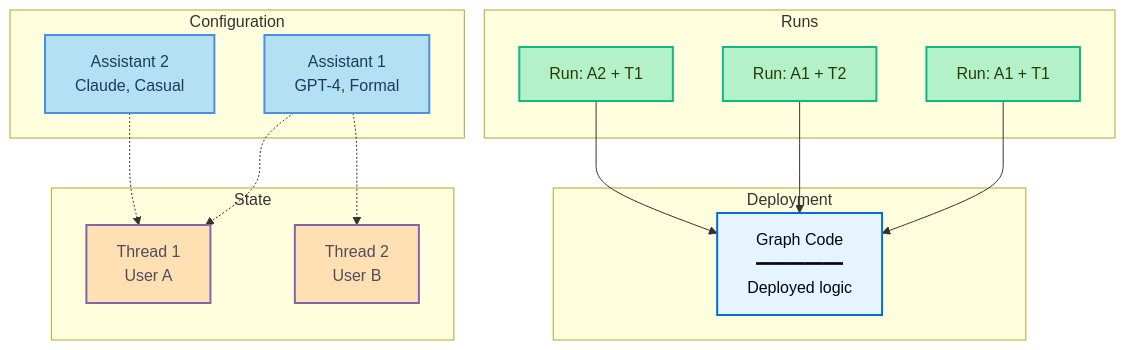
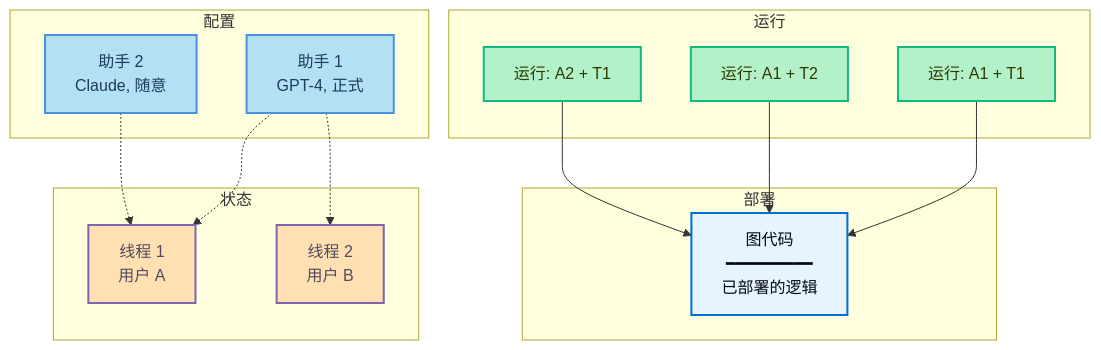
The diagram in langsmith/runs.mdx (kunfan96/cndocs-langchain), drawn with Mermaid before and after one commit. The commit also changed other lines of this file and 2498 other files, not shown here.

````diff
--- a/langsmith/runs.mdx
+++ b/langsmith/runs.mdx
@@ -9,39 +9,39 @@
 ```mermaid actions={false}
 flowchart TB
-    subgraph deploy[Deployment]
-        G[Graph Code<br/>━━━━━━━━━<br/>Deployed logic]
+    subgraph deploy[部署]
+        G[图代码<br/>━━━━━━━━━<br/>已部署的逻辑]
     end
 
-    subgraph config[Configuration]
-        A1[Assistant 1<br/>GPT-4, Formal]
-        A2[Assistant 2<br/>Claude, Casual]
+    subgraph config[配置]
+        A1[助手 1<br/>GPT-4, 正式]
+        A2[助手 2<br/>Claude, 随意]
     end
 
-    subgraph state[State]
-        T1[Thread 1<br/>User A]
-        T2[Thread 2<br/>User B]
+    subgraph state[状态]
+        T1[线程 1<br/>用户 A]
+        T2[线程 2<br/>用户 B]
     end
 
-    subgraph runs[Runs]
-        A1T1["Run: A1 + T1"]
-        A1T2["Run: A1 + T2"]
-        A2T1["Run: A2 + T1"]
+    subgraph runs[运行]
+        A1T1["运行: A1 + T1"]
+        A1T2["运行: A1 + T2"]
+        A2T1["运行: A2 + T1"]
     end
 
     A1 -.-> T1
     A1 -.-> T2
     A2 -.-> T1
 
     A1T1 --> G
     A1T2 --> G
     A2T1 --> G
 
     style G fill:#E5F4FF,stroke:#006DDD,stroke-width:2px,color:#030710
     style A1 fill:#B3E0F2,stroke:#4A90E2,stroke-width:2px,color:#1E3A5F
     style A2 fill:#B3E0F2,stroke:#4A90E2,stroke-width:2px,color:#1E3A5F
     style T1 fill:#FFE0B3,stroke:#7E65AE,stroke-width:2px,color:#504B5F
     style T2 fill:#FFE0B3,stroke:#7E65AE,stroke-width:2px,color:#504B5F
     style A1T1 fill:#B3F2C9,stroke:#10B981,stroke-width:2px,color:#2E3900
     style A1T2 fill:#B3F2C9,stroke:#10B981,stroke-width:2px,color:#2E3900
     style A2T1 fill:#B3F2C9,stroke:#10B981,stroke-width:2px,color:#2E3900
 ```
````
